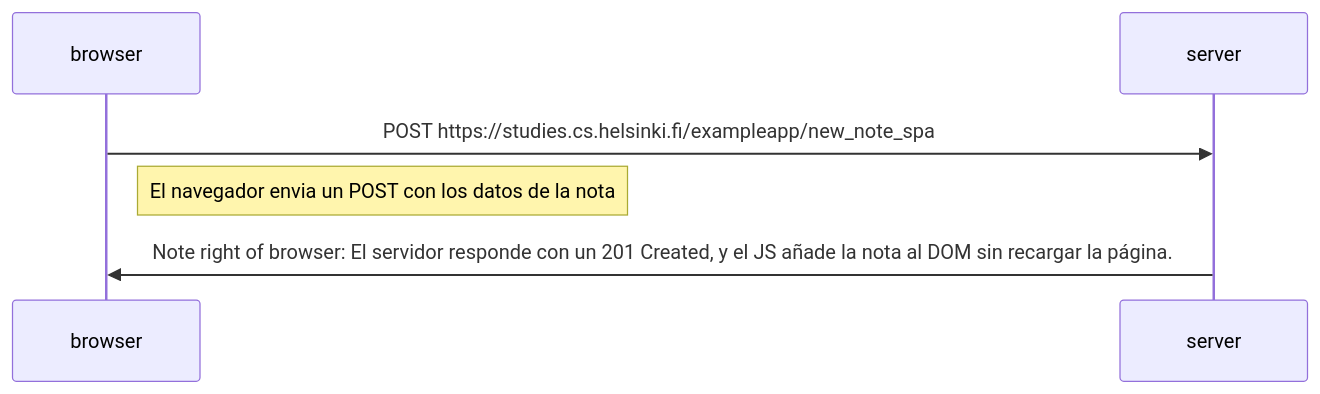
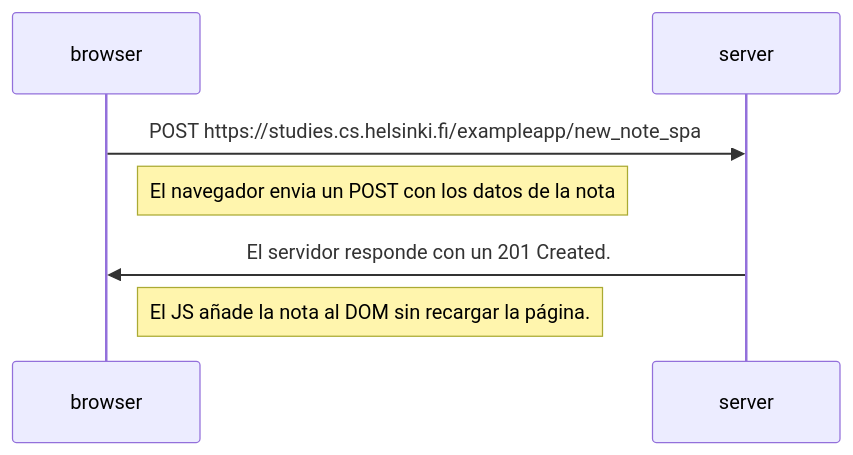
The diagram in Part0/0.6.md (JoseCastellanoo/FullStackOpen), drawn with Mermaid before and after one commit.

Commit message:
Reorder server response and JS note addition

````diff
--- a/Part0/0.6.md
+++ b/Part0/0.6.md
@@ -2,11 +2,12 @@
 ```mermaid
 sequenceDiagram
     participant browser
     participant server
 
     browser->>server: POST  https://studies.cs.helsinki.fi/exampleapp/new_note_spa
     Note right of browser: El navegador envia un POST con los datos de la nota
 
-    server->>browser: Note right of browser: El servidor responde con un 201 Created, y el JS añade la nota al DOM sin recargar la página.
+    server->>browser: El servidor responde con un 201 Created.
+    Note right of browser: El JS añade la nota al DOM sin recargar la página.
 
 ```
````
